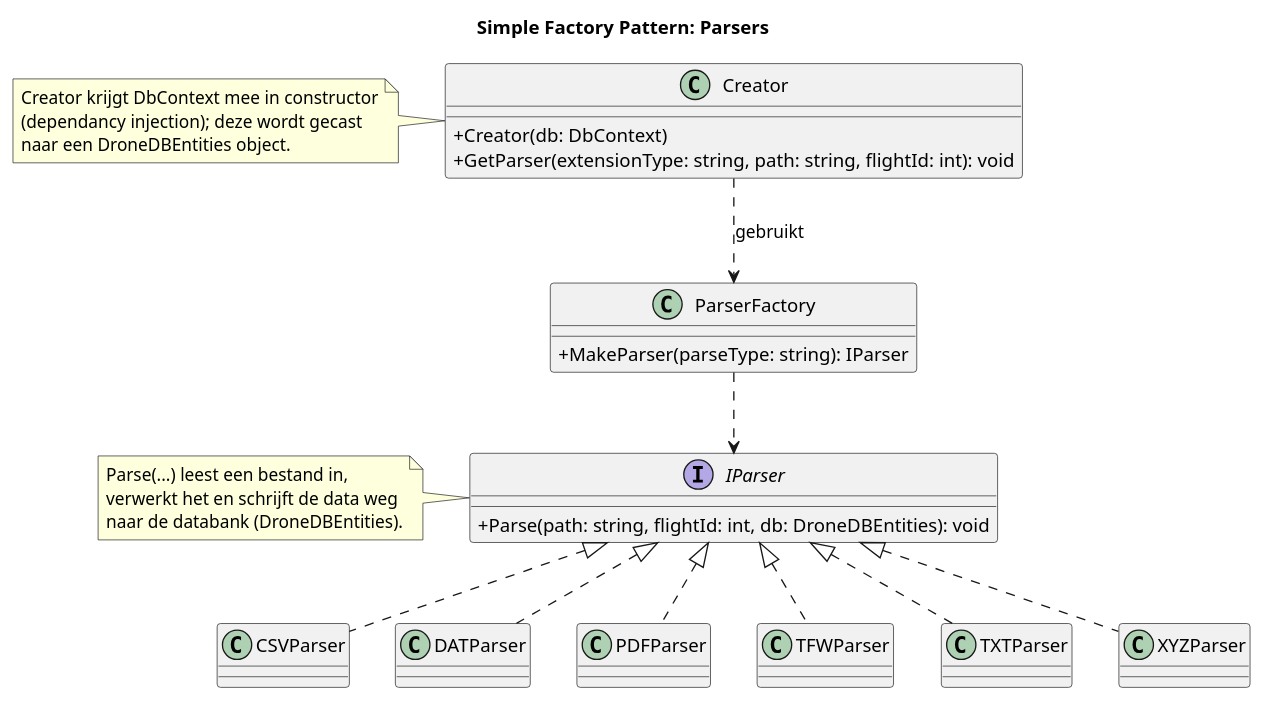
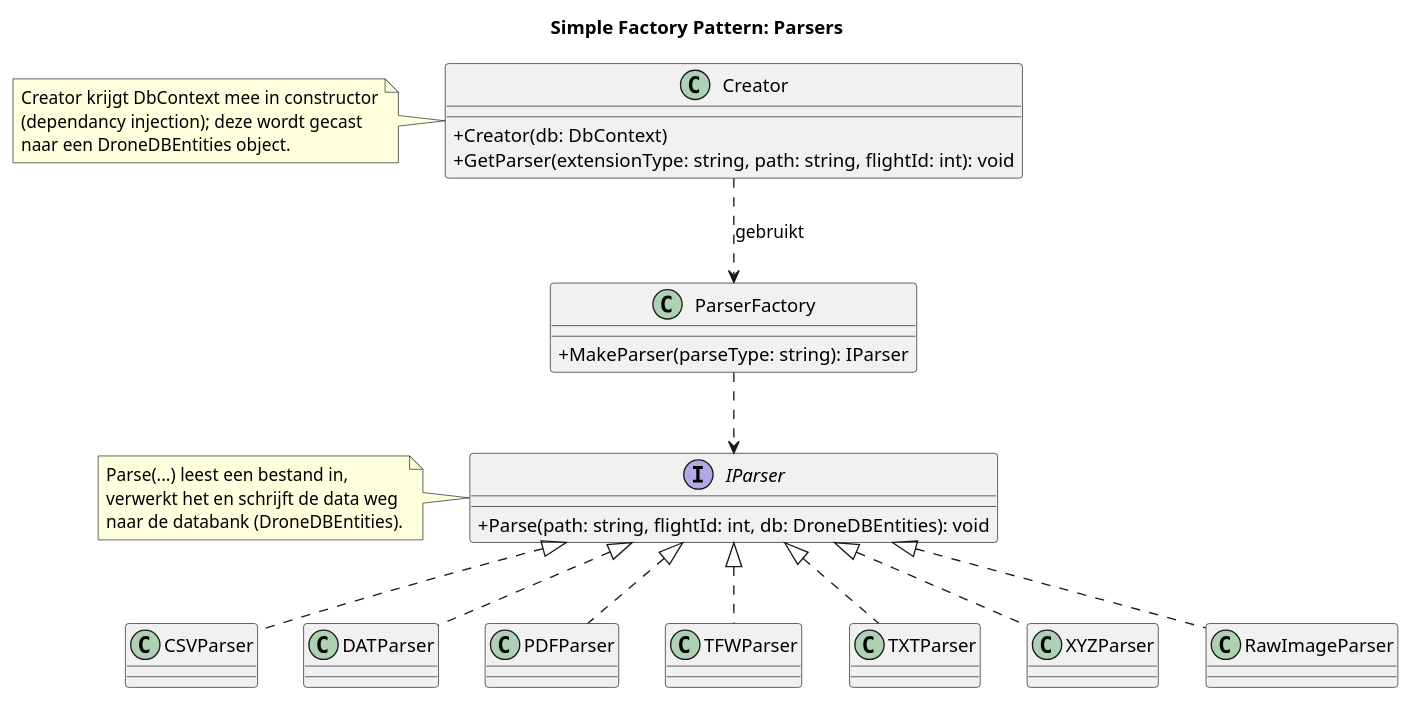
The diagram in documenten/analyseverslag/klassendiagram/klassendiagram dronewebapp simplefactorypattern.puml (philipkukoba/Bachelors-Dissertation-DroneWebApp), drawn with PlantUML before and after one commit. The commit also changed 2 other files, not shown here.

Commit message:
RawImageParser toegevoegd aan uml parsers

```diff
--- a/documenten/analyseverslag/klassendiagram/klassendiagram dronewebapp simplefactorypattern.puml
+++ b/documenten/analyseverslag/klassendiagram/klassendiagram dronewebapp simplefactorypattern.puml
@@ -1,55 +1,59 @@
 @startuml 
 Title Simple Factory Pattern: Parsers
 skinparam classAttributeIconSize 0
 
 'TODO' 
 'Map Parsers maken??'
 
 'KLASSEN'
 class CSVParser implements IParser {
 
 }
 
 class DATParser implements IParser {
 
 }
 
 interface IParser {
     +Parse(path: string, flightId: int, db: DroneDBEntities): void
 }
 
 class PDFParser implements IParser {
 
 }
 
 class TFWParser implements IParser {
 
 }
 
 class TXTParser implements IParser {
 
 }
 
 class XYZParser implements IParser {
 
 }
 
+class RawImageParser implements IParser {
+
+}
+
 'de klant'
 class Creator {
     +Creator(db: DbContext)
     +GetParser(extensionType: string, path: string, flightId: int): void
 }
 
 class ParserFactory {
     +MakeParser(parseType: string): IParser
 }
 
 'RELATIES'
 Creator .down.> ParserFactory: gebruikt
 ParserFactory .down.> IParser 
 
 'NOTAS'
 note left of Creator: Creator krijgt DbContext mee in constructor\n(dependancy injection); deze wordt gecast\nnaar een DroneDBEntities object.
 note left of IParser: Parse(...) leest een bestand in,\nverwerkt het en schrijft de data weg\nnaar de databank (DroneDBEntities).
 
 @enduml 
```
